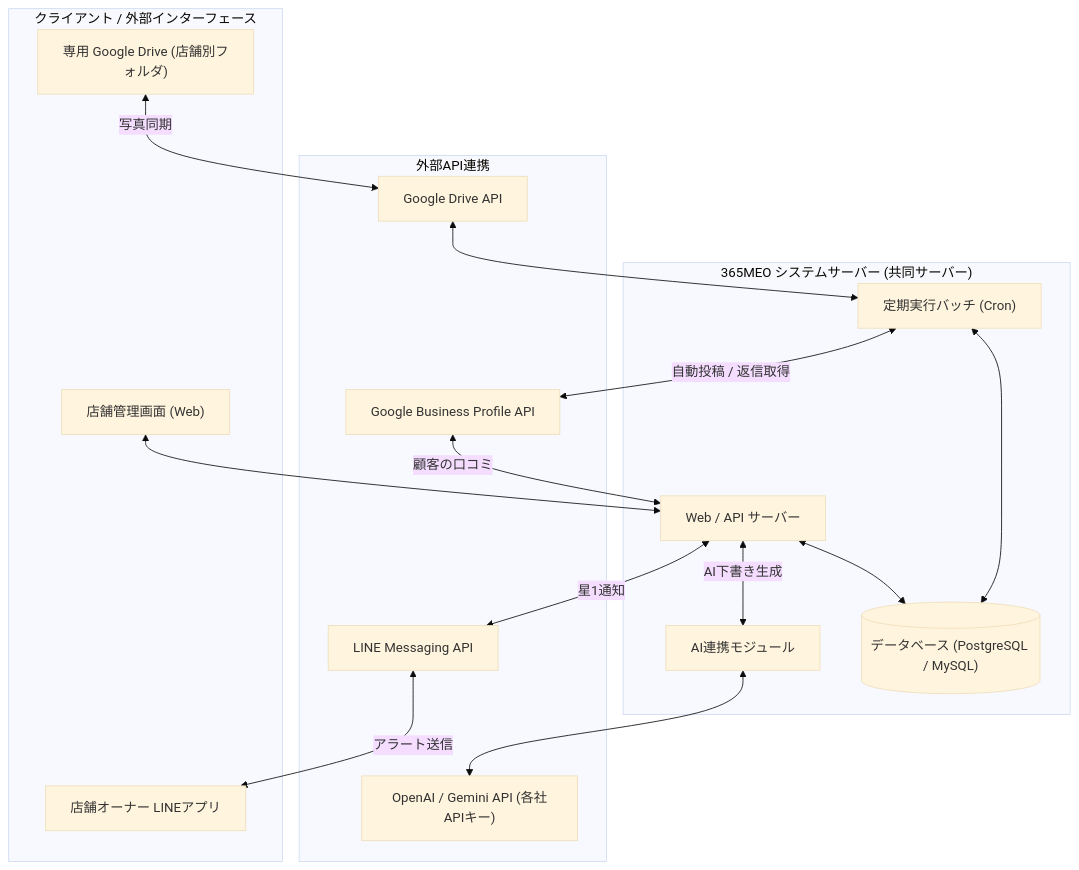
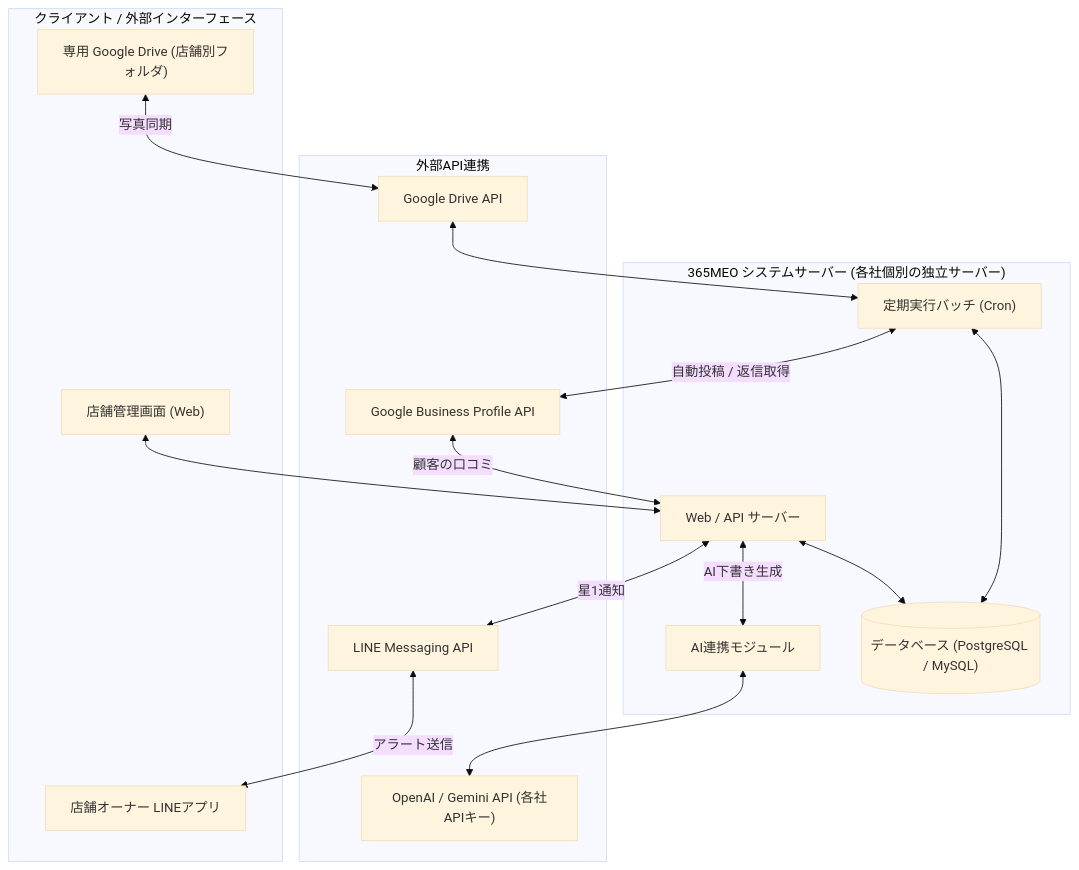
One commit to osada-lang/MEO_SEIHA changed the first of 2 diagrams in docs/system_architecture_design.md. Above: the diagram before and after it, drawn with Mermaid (base theme). The commit also changed other lines of this file, not shown here.

````diff
--- a/docs/system_architecture_design.md
+++ b/docs/system_architecture_design.md
@@ -34,38 +35,38 @@
 ```mermaid
 graph TD
     %% アクター・UI
     subgraph Client ["クライアント / 外部インターフェース"]
         OwnerUI["店舗管理画面 (Web)"]
         LineApp["店舗オーナー LINEアプリ"]
         DriveFolder["専用 Google Drive (店舗別フォルダ)"]
     end
 
     %% システムサーバー
-    subgraph SystemServer ["365MEO システムサーバー (共同サーバー)"]
+    subgraph SystemServer ["365MEO システムサーバー (各社個別の独立サーバー)"]
         API["Web / API サーバー"]
         Cron["定期実行バッチ (Cron)"]
         LLM["AI連携モジュール"]
         DbServer[("データベース (PostgreSQL / MySQL)")]
     end
 
     %% 外部APIサービス
     subgraph ExternalServices ["外部API連携"]
         GDriveAPI["Google Drive API"]
         GProfileAPI["Google Business Profile API"]
         LineAPI["LINE Messaging API"]
         OpenAIAPI["OpenAI / Gemini API (各社APIキー)"]
     end
 
     %% データの流れと連携
     OwnerUI <--> API
     DriveFolder <-- 写真同期 --> GDriveAPI
     GDriveAPI <--> Cron
     API <--> DbServer
     Cron <--> DbServer
     Cron <-- 自動投稿 / 返信取得 --> GProfileAPI
     GProfileAPI <-- 顧客の口コミ --> API
     API <-- AI下書き生成 --> LLM
     LLM <--> OpenAIAPI
     API <-- 星1通知 --> LineAPI
     LineAPI <-- アラート送信 --> LineApp
 ```
````
